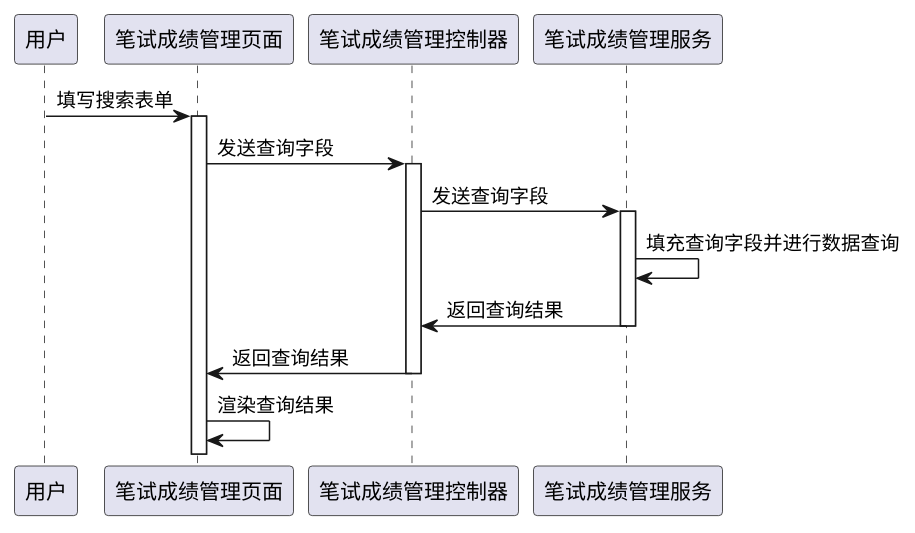
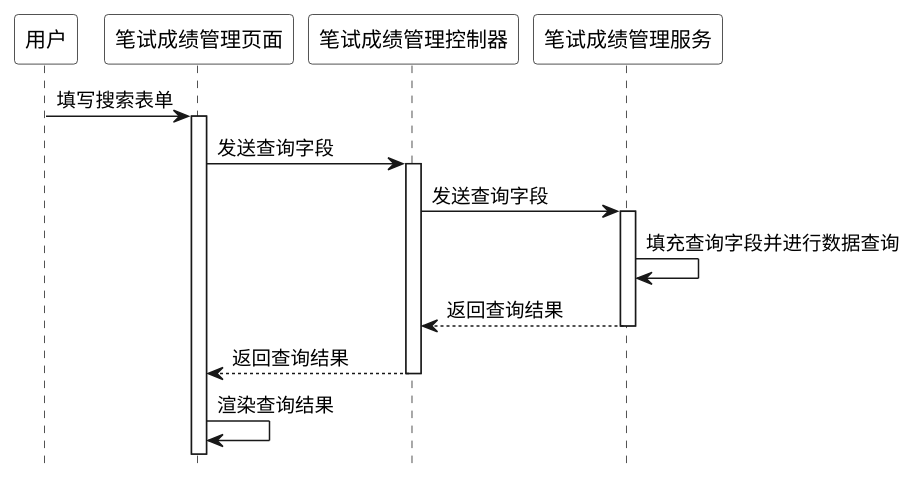
One commit to coderyjc/certificate_analysis changed the diagram in resouces/drawio/UML_Sequence/manage-written/query.puml. Above: the diagram before and after it, drawn with PlantUML. The commit also changed 12 other files, not shown here.

Commit message:
更新UML序列图

```diff
--- a/resouces/drawio/UML_Sequence/manage-written/query.puml
+++ b/resouces/drawio/UML_Sequence/manage-written/query.puml
@@ -1,27 +1,33 @@
 @startuml written_query
+
+hide footbox
+skinparam sequence {
+  ParticipantBackgroundColor #ffffff
+  ParticipantFontColor #000000
+}
 
 participant 用户
 participant 笔试成绩管理页面
 participant 笔试成绩管理控制器
 participant 笔试成绩管理服务
 
 
 用户 -> 笔试成绩管理页面: 填写搜索表单
 activate 笔试成绩管理页面
 
 笔试成绩管理页面 -> 笔试成绩管理控制器: 发送查询字段
 activate 笔试成绩管理控制器
 
 笔试成绩管理控制器 -> 笔试成绩管理服务: 发送查询字段
 activate 笔试成绩管理服务
 
 笔试成绩管理服务 -> 笔试成绩管理服务: 填充查询字段并进行数据查询
-笔试成绩管理服务 -> 笔试成绩管理控制器: 返回查询结果
+笔试成绩管理服务 --> 笔试成绩管理控制器: 返回查询结果
 deactivate 笔试成绩管理服务
 
-笔试成绩管理控制器 -> 笔试成绩管理页面: 返回查询结果
+笔试成绩管理控制器 --> 笔试成绩管理页面: 返回查询结果
 deactivate 笔试成绩管理控制器
 
 笔试成绩管理页面 -> 笔试成绩管理页面: 渲染查询结果
 
 @enduml
```
